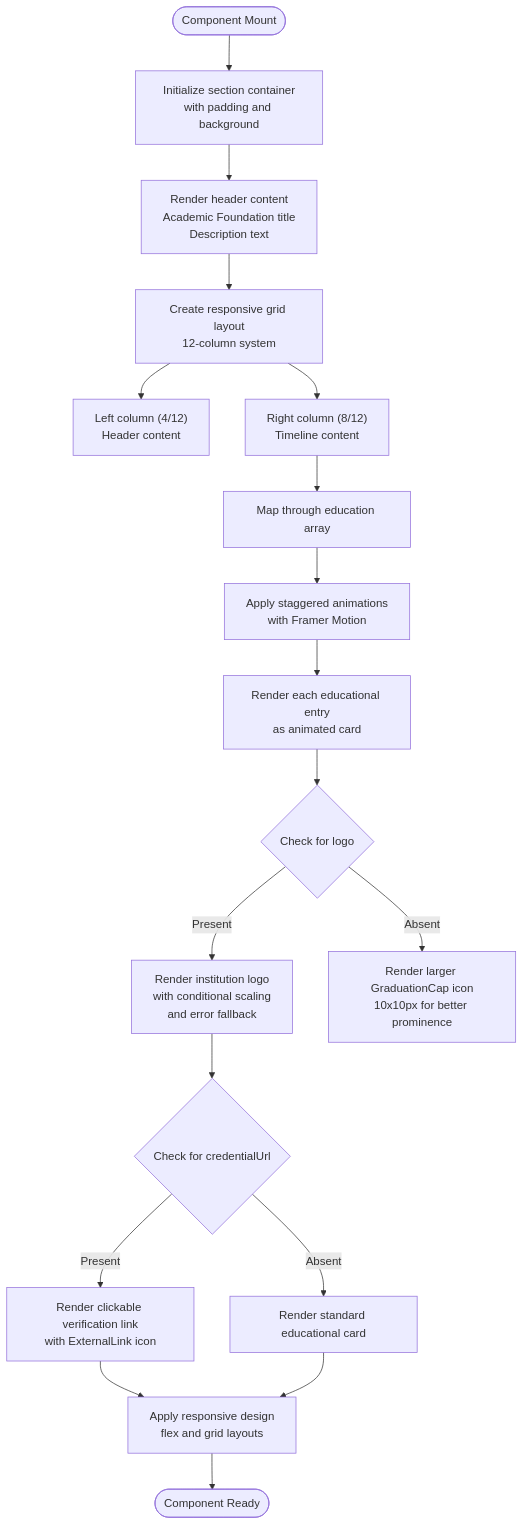
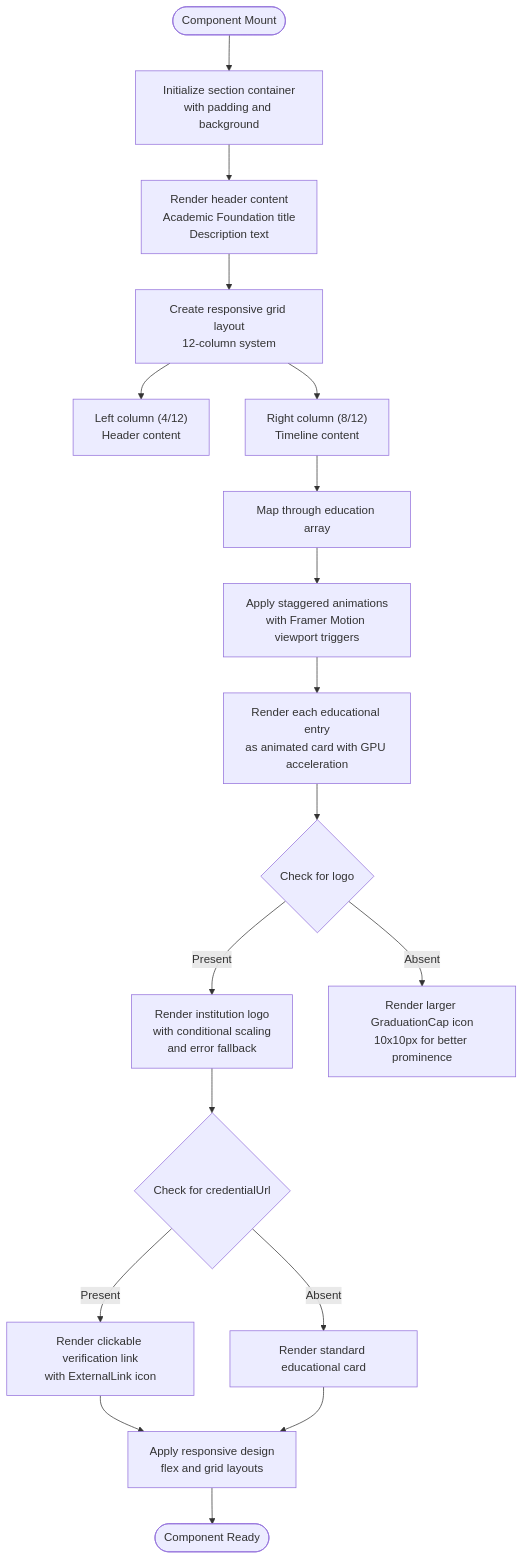
Before and after one commit to subash7781/Portfolio: the fourth of 11 diagrams in .qoder/repowiki/en/content/Component Library & UI Elements/EducationSection Component.md, drawn with Mermaid. The commit also changed other lines of this file and 9 other files, not shown here.

````diff
--- a/.qoder/repowiki/en/content/Component Library & UI Elements/EducationSection Component.md
+++ b/.qoder/repowiki/en/content/Component Library & UI Elements/EducationSection Component.md
@@ -182,20 +184,20 @@
 ```mermaid
 flowchart TD
 Start([Component Mount]) --> Setup["Initialize section container<br/>with padding and background"]
 Setup --> Header["Render header content<br/>Academic Foundation title<br/>Description text"]
 Header --> Grid["Create responsive grid layout<br/>12-column system"]
 Grid --> Column1["Left column (4/12)<br/>Header content"]
 Grid --> Column2["Right column (8/12)<br/>Timeline content"]
 Column2 --> MapEntries["Map through education array"]
-MapEntries --> Animation["Apply staggered animations<br/>with Framer Motion"]
-Animation --> CardLayout["Render each educational entry<br/>as animated card"]
+MapEntries --> Animation["Apply staggered animations<br/>with Framer Motion viewport triggers"]
+Animation --> CardLayout["Render each educational entry<br/>as animated card with GPU acceleration"]
 CardLayout --> LogoCheck{"Check for logo"}
 LogoCheck --> |Present| LogoImage["Render institution logo<br/>with conditional scaling<br/>and error fallback"]
 LogoCheck --> |Absent| DefaultIcon["Render larger GraduationCap icon<br/>10x10px for better prominence"]
 LogoImage --> CredentialCheck{"Check for credentialUrl"}
 CredentialCheck --> |Present| VerificationLink["Render clickable verification link<br/>with ExternalLink icon"]
 CredentialCheck --> |Absent| StandardCard["Render standard educational card"]
 VerificationLink --> Responsive["Apply responsive design<br/>flex and grid layouts"]
 StandardCard --> Responsive
 Responsive --> End([Component Ready])
 ```
````
